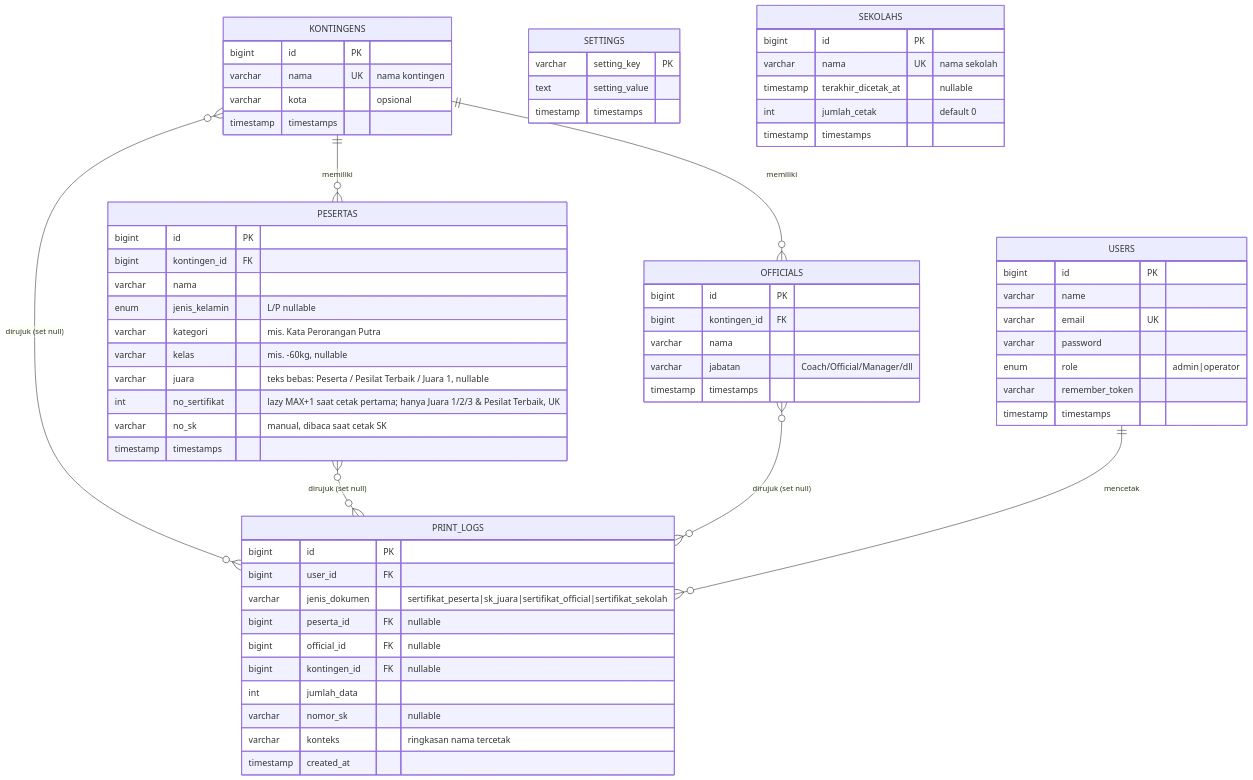
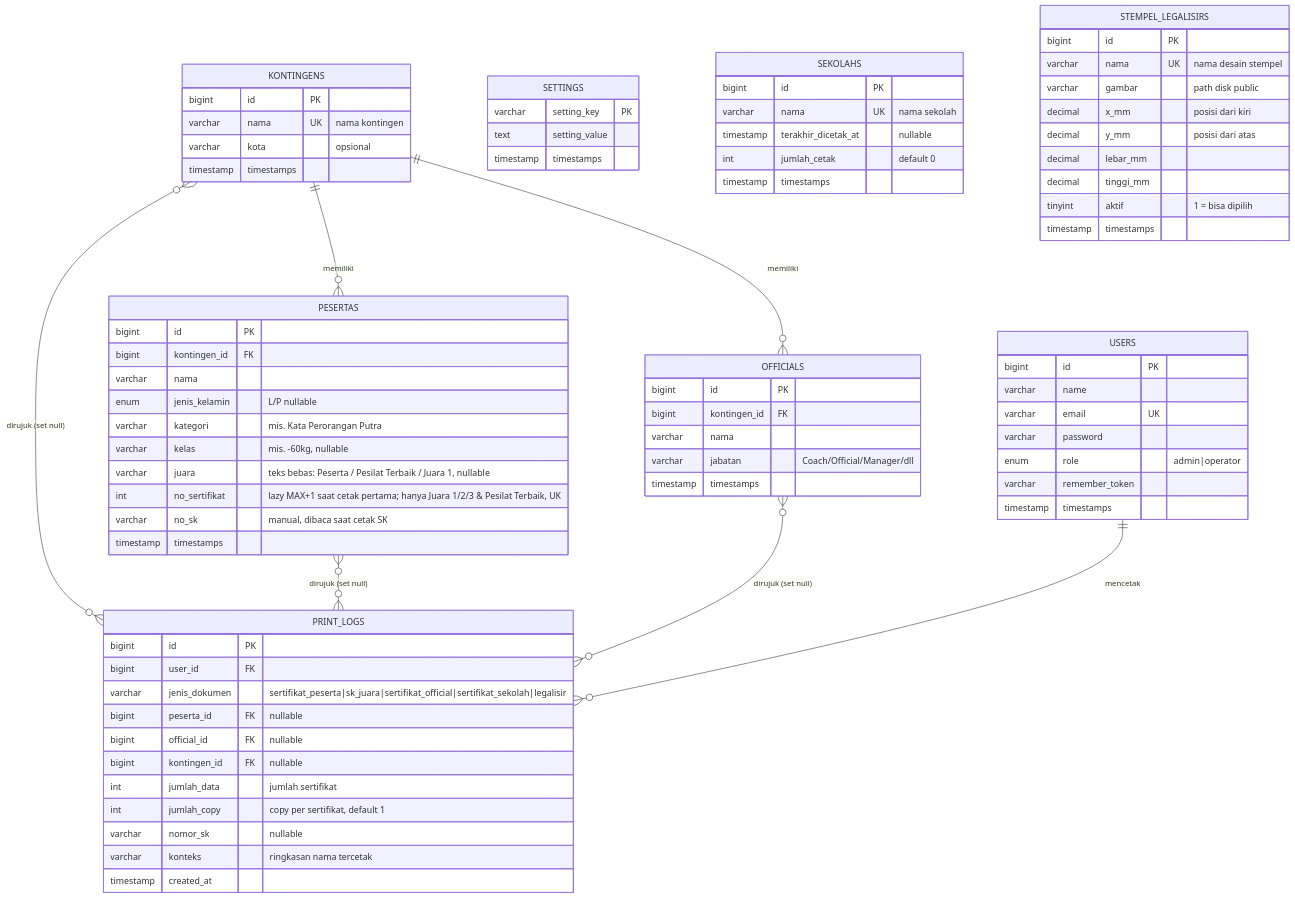
One commit to SalatID/sistem-cetak-sertifikat changed the diagram in docs/DB_SCHEMA.md. Above: the diagram before and after it, drawn with Mermaid. The commit also changed other lines of this file and 27 other files, not shown here.

````diff
--- a/docs/DB_SCHEMA.md
+++ b/docs/DB_SCHEMA.md
@@ -15,68 +16,80 @@
 ```mermaid
 erDiagram
     KONTINGENS ||--o{ PESERTAS : "memiliki"
     KONTINGENS ||--o{ OFFICIALS : "memiliki"
     KONTINGENS }o--o{ PRINT_LOGS : "dirujuk (set null)"
     PESERTAS  }o--o{ PRINT_LOGS : "dirujuk (set null)"
     OFFICIALS }o--o{ PRINT_LOGS : "dirujuk (set null)"
     USERS     ||--o{ PRINT_LOGS : "mencetak"
 
     KONTINGENS {
         bigint id PK
         varchar nama UK "nama kontingen"
         varchar kota "opsional"
         timestamp timestamps
     }
     PESERTAS {
         bigint id PK
         bigint kontingen_id FK
         varchar nama
         enum jenis_kelamin "L/P nullable"
         varchar kategori "mis. Kata Perorangan Putra"
         varchar kelas "mis. -60kg, nullable"
         varchar juara "teks bebas: Peserta / Pesilat Terbaik / Juara 1, nullable"
         int no_sertifikat "lazy MAX+1 saat cetak pertama; hanya Juara 1/2/3 & Pesilat Terbaik, UK"
         varchar no_sk "manual, dibaca saat cetak SK"
         timestamp timestamps
     }
     OFFICIALS {
         bigint id PK
         bigint kontingen_id FK
         varchar nama
         varchar jabatan "Coach/Official/Manager/dll"
         timestamp timestamps
     }
     USERS {
         bigint id PK
         varchar name
         varchar email UK
         varchar password
         enum role "admin|operator"
         varchar remember_token
         timestamp timestamps
     }
     SETTINGS {
         varchar setting_key PK
         text setting_value
         timestamp timestamps
     }
     PRINT_LOGS {
         bigint id PK
         bigint user_id FK
-        varchar jenis_dokumen "sertifikat_peserta|sk_juara|sertifikat_official|sertifikat_sekolah"
+        varchar jenis_dokumen "sertifikat_peserta|sk_juara|sertifikat_official|sertifikat_sekolah|legalisir"
         bigint peserta_id FK "nullable"
         bigint official_id FK "nullable"
         bigint kontingen_id FK "nullable"
-        int jumlah_data
+        int jumlah_data "jumlah sertifikat"
+        int jumlah_copy "copy per sertifikat, default 1"
         varchar nomor_sk "nullable"
         varchar konteks "ringkasan nama tercetak"
         timestamp created_at
     }
     SEKOLAHS {
         bigint id PK
         varchar nama UK "nama sekolah"
         timestamp terakhir_dicetak_at "nullable"
         int jumlah_cetak "default 0"
         timestamp timestamps
     }
+    STEMPEL_LEGALISIRS {
+        bigint id PK
+        varchar nama UK "nama desain stempel"
+        varchar gambar "path disk public"
+        decimal x_mm "posisi dari kiri"
+        decimal y_mm "posisi dari atas"
+        decimal lebar_mm
+        decimal tinggi_mm
+        tinyint aktif "1 = bisa dipilih"
+        timestamp timestamps
+    }
 ```
````
